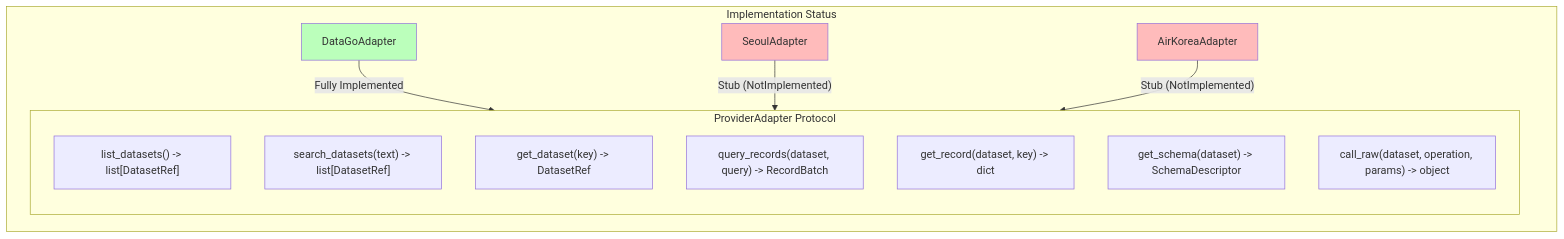
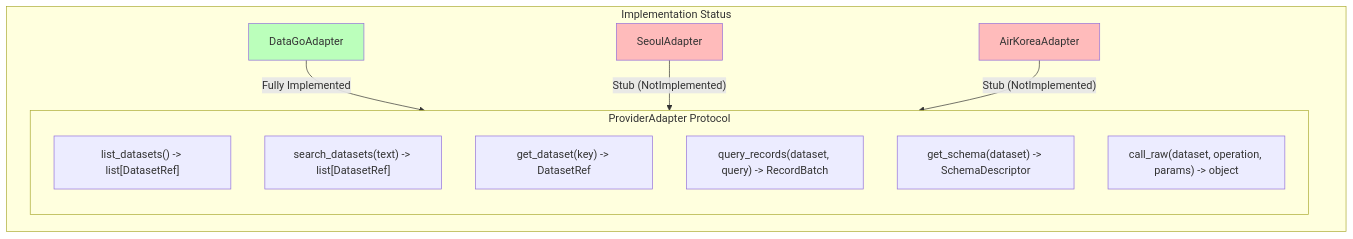
Before and after one commit to yeongseon/kpubdata: the eighth of 9 diagrams in docs/architecture-diagrams.md, drawn with Mermaid. The commit also changed other lines of this file and 35 other files, not shown here.

First line of the commit message:
Add to_pandas(), remove get_record stubs, update docs for v0.2.0

````diff
--- a/docs/architecture-diagrams.md
+++ b/docs/architecture-diagrams.md
@@ -413,25 +410,24 @@
 ```mermaid
 graph TB
     subgraph Protocol [ProviderAdapter Protocol]
         direction TB
         M1["list_datasets() -> list[DatasetRef]"]
         M2["search_datasets(text) -> list[DatasetRef]"]
         M3["get_dataset(key) -> DatasetRef"]
         M4["query_records(dataset, query) -> RecordBatch"]
-        M5["get_record(dataset, key) -> dict"]
-        M6["get_schema(dataset) -> SchemaDescriptor"]
-        M7["call_raw(dataset, operation, params) -> object"]
+        M5["get_schema(dataset) -> SchemaDescriptor"]
+        M6["call_raw(dataset, operation, params) -> object"]
     end
 
     Protocol --- Implementation
 
     subgraph Implementation [Implementation Status]
         DataGo[DataGoAdapter] -- "Fully Implemented" --> Protocol
         Seoul[SeoulAdapter] -- "Stub (NotImplemented)" --> Protocol
         AirKorea[AirKoreaAdapter] -- "Stub (NotImplemented)" --> Protocol
     end
 
     style DataGo fill:#bfb
     style Seoul fill:#fbb
     style AirKorea fill:#fbb
 ```
````
